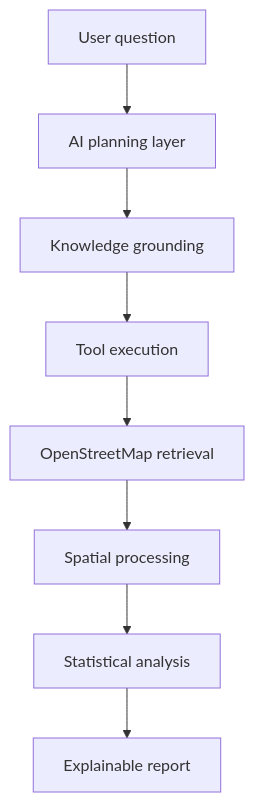
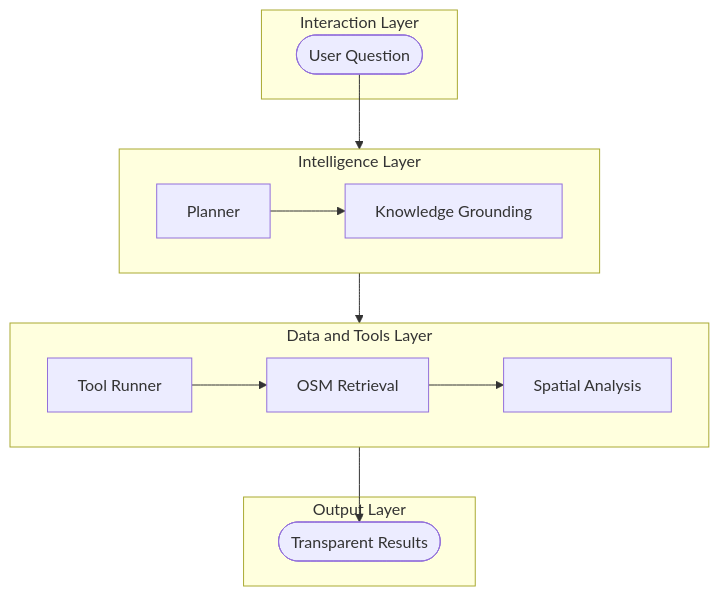
One commit to AriadneThreadLab/AriadneThread changed the diagram in README.md. Above: the diagram before and after it, drawn with Mermaid. The commit also changed other lines of this file, not shown here.

````diff
--- a/README.md
+++ b/README.md
@@ -44,10 +47,24 @@
 ```mermaid
-flowchart TD
-  Q[User question] --> P[AI planning layer]
-  P --> K[Knowledge grounding]
-  K --> T[Tool execution]
-  T --> O[OpenStreetMap retrieval]
-  O --> S[Spatial processing]
-  S --> A[Statistical analysis]
-  A --> E[Explainable report]
+flowchart TB
+  subgraph I["Interaction Layer"]
+    Q(["User Question"])
+  end
+
+  subgraph N["Intelligence Layer"]
+    direction LR
+    P["Planner"] --> K["Knowledge Grounding"]
+  end
+
+  subgraph D["Data and Tools Layer"]
+    direction LR
+    T["Tool Runner"] --> O["OSM Retrieval"] --> A["Spatial Analysis"]
+  end
+
+  subgraph X["Output Layer"]
+    R(["Transparent Results"])
+  end
+
+  Q --> P
+  K --> T
+  A --> R
 ```
````
